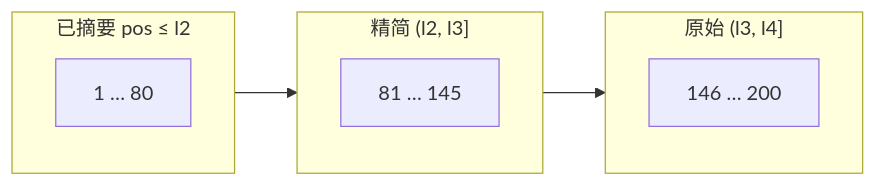
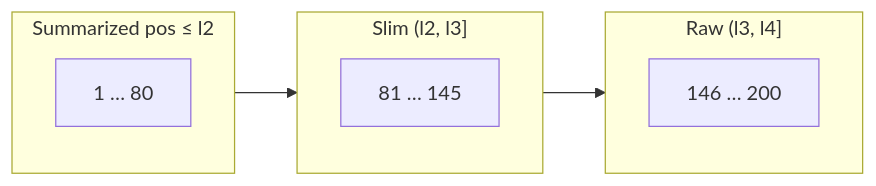
Before and after one commit to freeanima-org/freeanima: the second of 10 diagrams in docs/compression.md, drawn with Mermaid. The commit also changed other lines of this file and 114 other files, not shown here.

````diff
--- a/docs/compression.md
+++ b/docs/compression.md
@@ -74,13 +74,13 @@
 ```mermaid
 flowchart LR
-  subgraph archived["已摘要 pos ≤ l2"]
+  subgraph archived["Summarized pos ≤ l2"]
     A["1 … 80"]
   end
-  subgraph slimZone["精简 (l2, l3]"]
+  subgraph slimZone["Slim (l2, l3]"]
     B["81 … 145"]
   end
-  subgraph rawZone["原始 (l3, l4]"]
+  subgraph rawZone["Raw (l3, l4]"]
     C["146 … 200"]
   end
   archived --> slimZone --> rawZone
 ```
````
